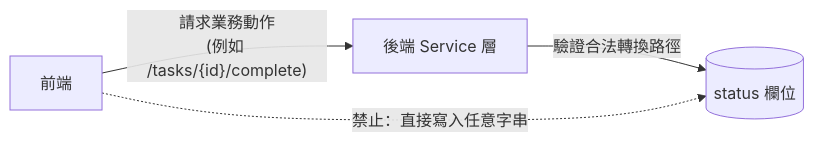
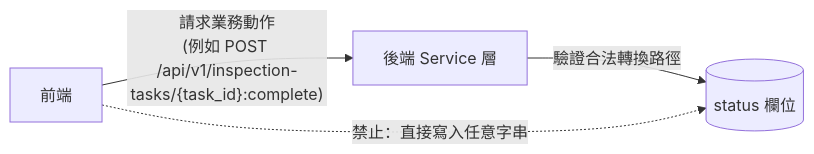
Before and after one commit to speko-tw/inspect-flow: the fifth of 5 diagrams in docs/intents/02-principles.md, drawn with Mermaid. The commit also changed other lines of this file and 10 other files, not shown here.

````diff
--- a/docs/intents/02-principles.md
+++ b/docs/intents/02-principles.md
@@ -418,6 +419,6 @@
 ```mermaid
 graph LR
-  FE["前端"] -->|"請求業務動作<br/>(例如 /tasks/{id}/complete)"| SVC["後端 Service 層"]
+  FE["前端"] -->|"請求業務動作<br/>(例如 POST /api/v1/inspection-tasks/{task_id}:complete)"| SVC["後端 Service 層"]
   SVC -->|驗證合法轉換路徑| DB[("status 欄位")]
   FE -.->|"禁止：直接寫入任意字串"| DB
 ```
````
